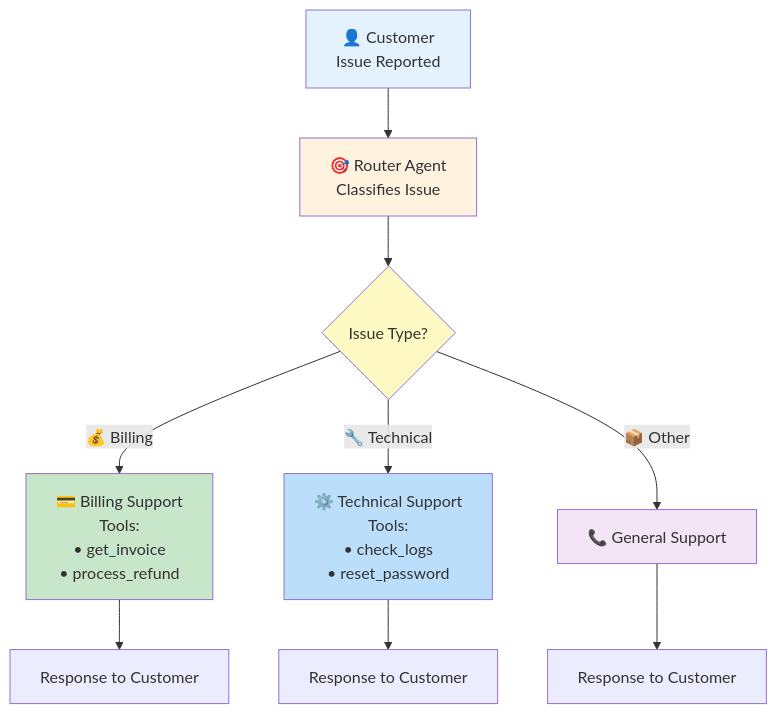
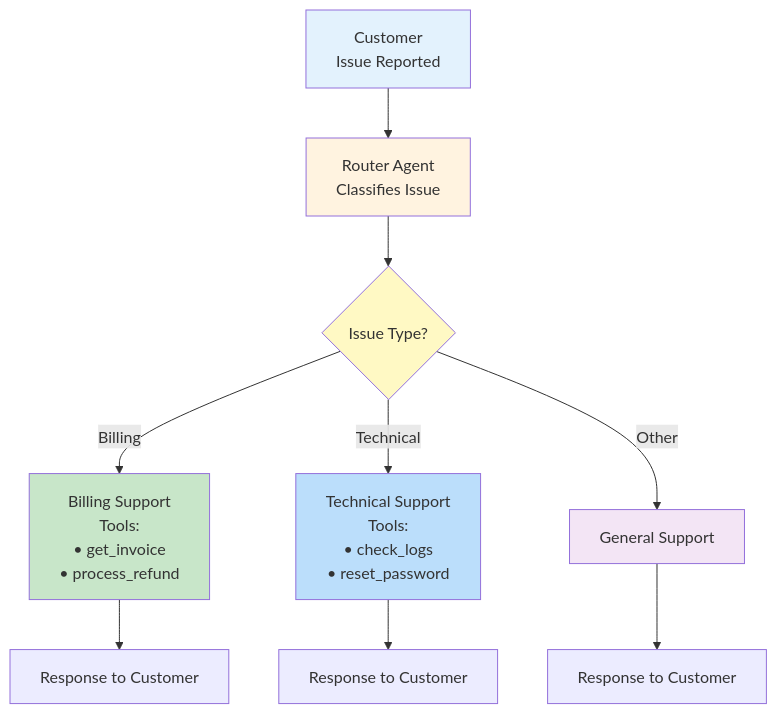
The eighth of 9 diagrams in docs/orchestration-workflows.md (HelgeSverre/pagent), drawn with Mermaid before and after one commit. The commit also changed other lines of this file and 239 other files, not shown here.

````diff
--- a/docs/orchestration-workflows.md
+++ b/docs/orchestration-workflows.md
@@ -688,21 +690,21 @@
 ```mermaid
 flowchart TD
-    Customer["👤 Customer<br/>Issue Reported"] --> Router["🎯 Router Agent<br/>Classifies Issue"]
+    Customer["Customer<br/>Issue Reported"] --> Router["Router Agent<br/>Classifies Issue"]
 
     Router --> Decision{Issue Type?}
 
-    Decision -->|"💰 Billing"| Billing["💳 Billing Support<br/>Tools:<br/>• get_invoice<br/>• process_refund"]
-    Decision -->|"🔧 Technical"| Technical["⚙️ Technical Support<br/>Tools:<br/>• check_logs<br/>• reset_password"]
-    Decision -->|"📦 Other"| General["📞 General Support"]
+    Decision -->|"Billing"| Billing["Billing Support<br/>Tools:<br/>• get_invoice<br/>• process_refund"]
+    Decision -->|"Technical"| Technical["Technical Support<br/>Tools:<br/>• check_logs<br/>• reset_password"]
+    Decision -->|"Other"| General["General Support"]
 
     Billing --> BillingResponse["Response to Customer"]
     Technical --> TechnicalResponse["Response to Customer"]
     General --> GeneralResponse["Response to Customer"]
 
     style Customer fill:#e3f2fd
     style Router fill:#fff3e0
     style Decision fill:#fff9c4
     style Billing fill:#c8e6c9
     style Technical fill:#bbdefb
     style General fill:#f3e5f5
 ```
````
